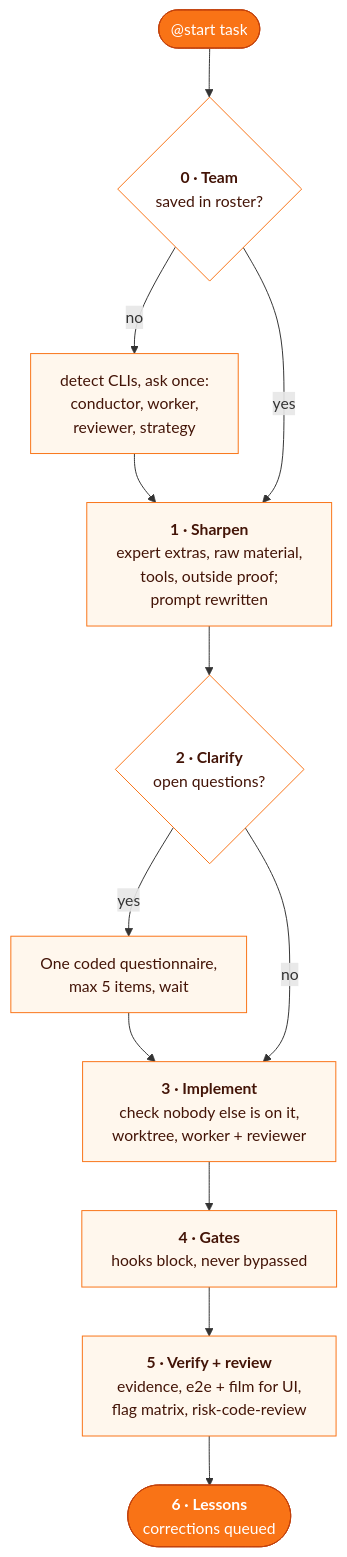
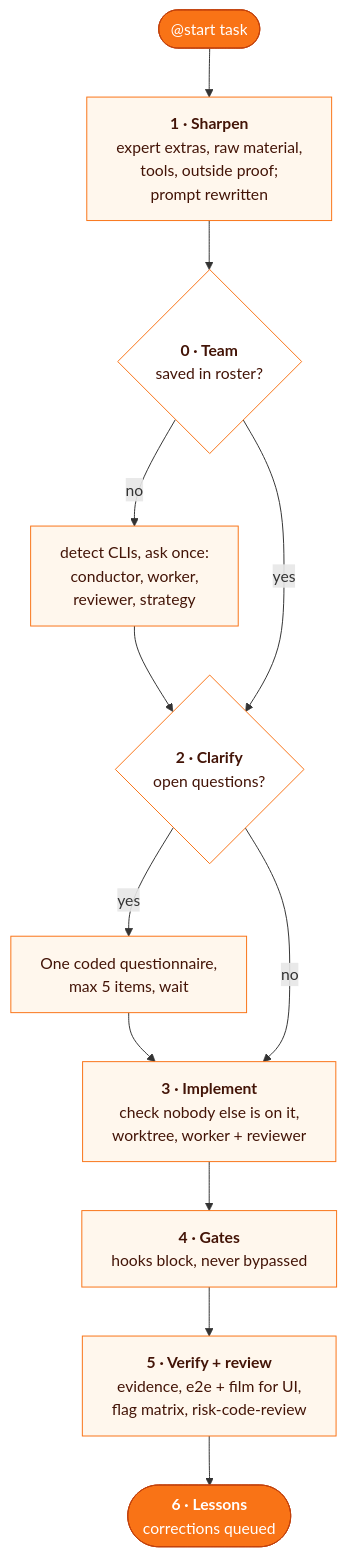
One commit to MarcinSufa/skills changed the diagram in skills/start/README.md. Above: the diagram before and after it, drawn with Mermaid. The commit also changed other lines of this file and 1 other file, not shown here.

Commit message:
fix(start): order, review strategy and fallbacks after review
Sharpen output comes before the team setup, so no tool call precedes it.
The review strategy runs risk-code-review once. The team's reviewer fills
the other-vendor slot while the tier table keeps choosing depth. Every
composed skill now has a named fallback, `@start setup` re-asks even when
a team is saved, and the fast path says why conduct's rule does not bind.

````diff
--- a/skills/start/README.md
+++ b/skills/start/README.md
@@ -26,21 +26,21 @@
 ```mermaid
 flowchart TD
-  IN(["@start task"]) --> S0{"<b>0 · Team</b><br/>saved in roster?"}
+  IN(["@start task"]) --> S1["<b>1 · Sharpen</b><br/>expert extras, raw material,<br/>tools, outside proof;<br/>prompt rewritten"]
+  S1 --> S0{"<b>0 · Team</b><br/>saved in roster?"}
   S0 -- no --> T["detect CLIs, ask once:<br/>conductor, worker,<br/>reviewer, strategy"]
-  T --> S1
-  S0 -- yes --> S1["<b>1 · Sharpen</b><br/>expert extras, raw material,<br/>tools, outside proof;<br/>prompt rewritten"]
-  S1 --> S2{"<b>2 · Clarify</b><br/>open questions?"}
+  T --> S2
+  S0 -- yes --> S2{"<b>2 · Clarify</b><br/>open questions?"}
   S2 -- yes --> Q["One coded questionnaire,<br/>max 5 items, wait"]
   Q --> S3
   S2 -- no --> S3["<b>3 · Implement</b><br/>check nobody else is on it,<br/>worktree, worker + reviewer"]
   S3 --> S4["<b>4 · Gates</b><br/>hooks block, never bypassed"]
   S4 --> S5["<b>5 · Verify + review</b><br/>evidence, e2e + film for UI,<br/>flag matrix, risk-code-review"]
   S5 --> S6(["<b>6 · Lessons</b><br/>corrections queued"])
 
   classDef io fill:#f97316,stroke:#c2410c,color:#fff
   classDef step fill:#fff7ed,stroke:#f97316,color:#431407
   classDef ask fill:#ffffff,stroke:#f97316,color:#431407
   class IN,S6 io
   class S1,T,Q,S3,S4,S5 step
   class S0,S2 ask
 ```
````
